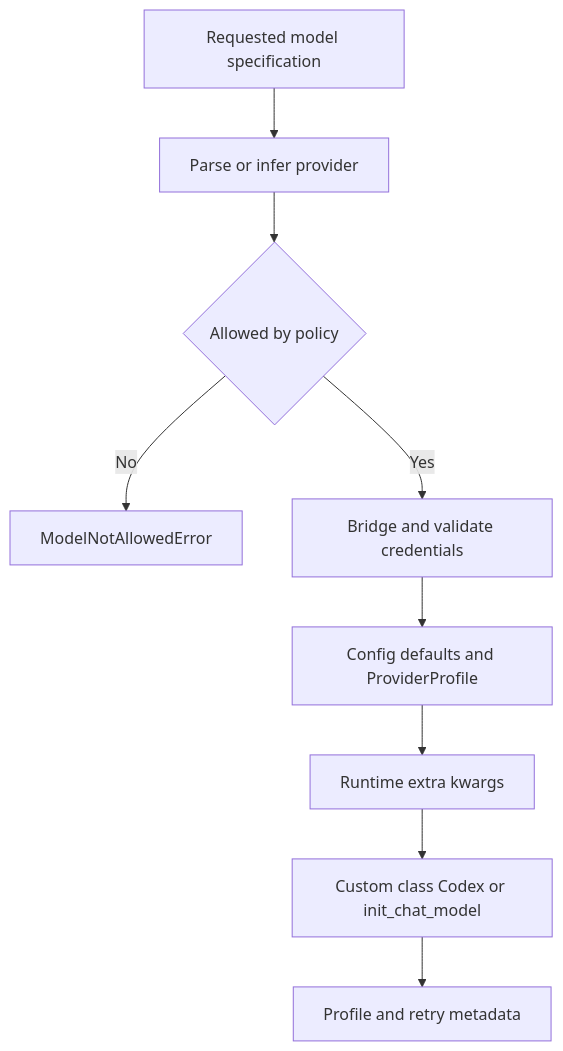
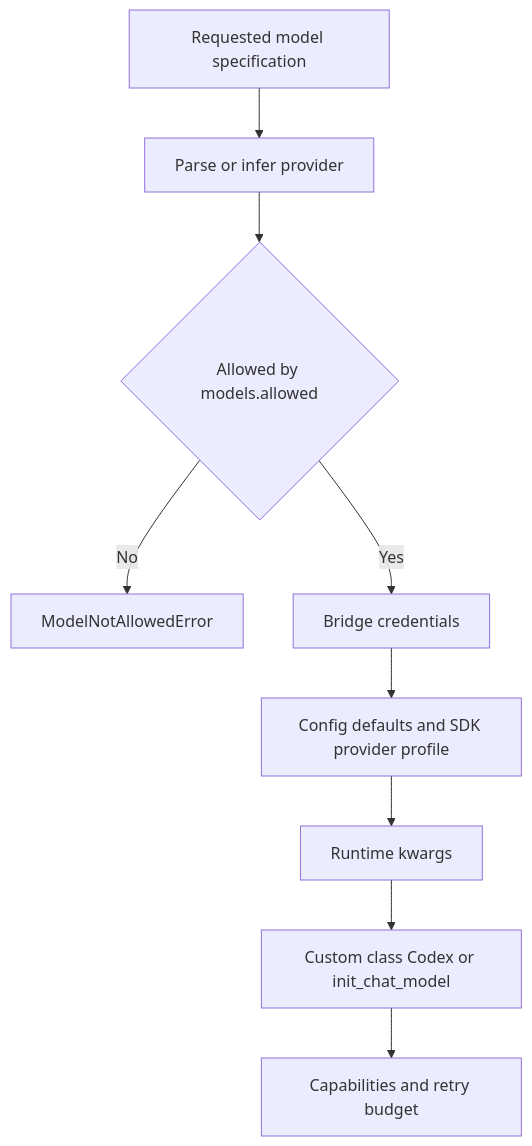
One commit to langchain-ai/deepagents changed the second of 2 diagrams in openwiki/concepts/profiles-models.md. Above: the diagram before and after it, drawn with Mermaid. The commit also changed other lines of this file and 37 other files, not shown here.

````diff
--- a/openwiki/concepts/profiles-models.md
+++ b/openwiki/concepts/profiles-models.md
@@ -136,11 +111,11 @@
 ```mermaid
 flowchart TD
     Requested["Requested model specification"] --> Infer["Parse or infer provider"]
-    Infer --> Allowed{"Allowed by policy"}
+    Infer --> Allowed{"Allowed by models.allowed"}
     Allowed -->|No| Denied["ModelNotAllowedError"]
-    Allowed -->|Yes| Credentials["Bridge and validate credentials"]
-    Credentials --> Defaults["Config defaults and ProviderProfile"]
-    Defaults --> Runtime["Runtime extra kwargs"]
+    Allowed -->|Yes| Credential["Bridge credentials"]
+    Credential --> Defaults["Config defaults and SDK provider profile"]
+    Defaults --> Runtime["Runtime kwargs"]
     Runtime --> Build["Custom class Codex or init_chat_model"]
-    Build --> Metadata["Profile and retry metadata"]
+    Build --> Metadata["Capabilities and retry budget"]
 ```
````
